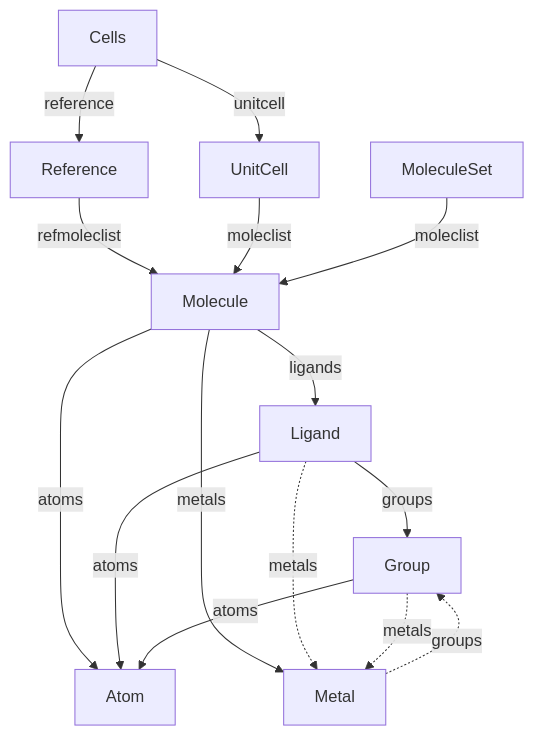
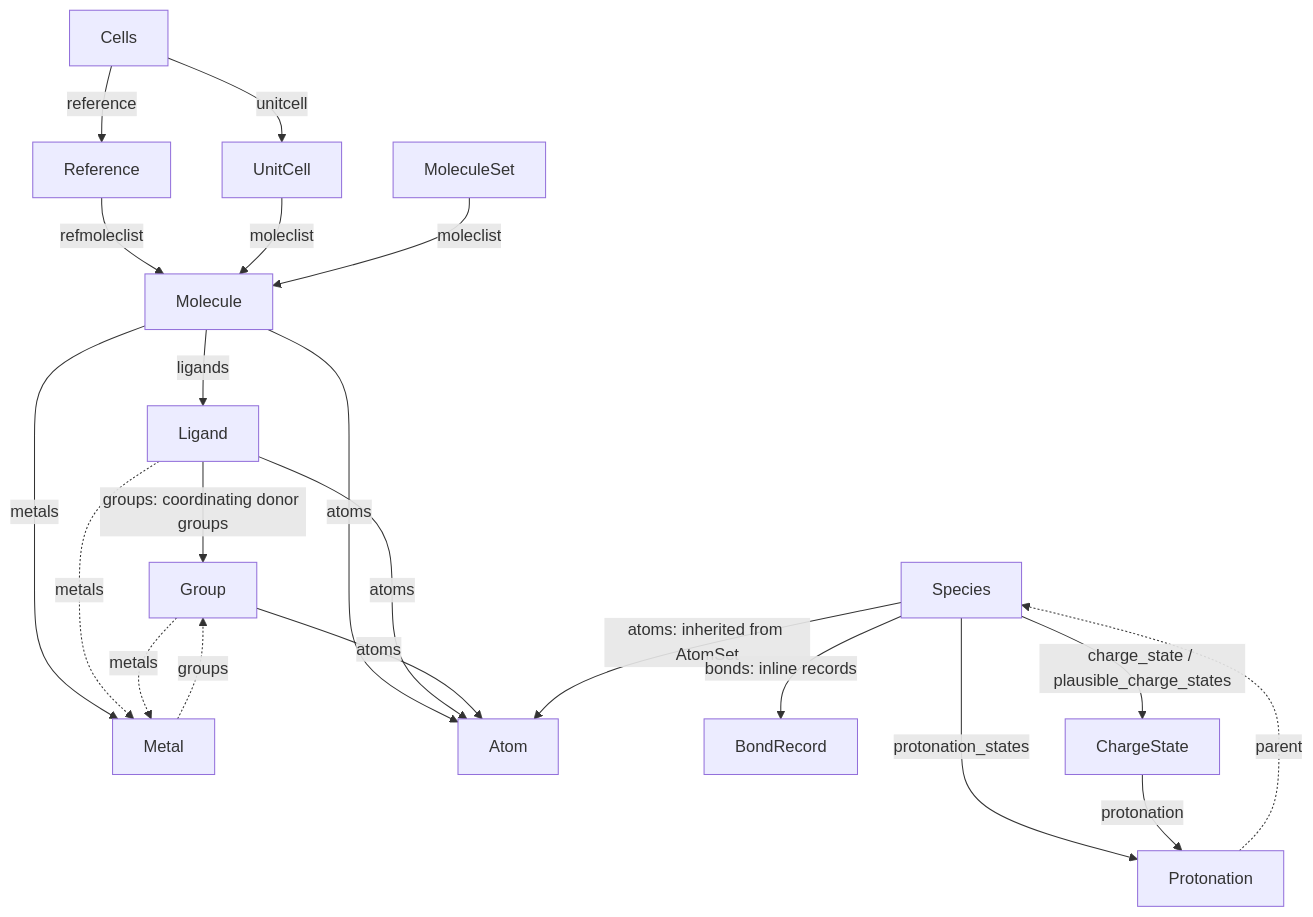
Before and after one commit to lcmd-epfl/cell2mol: the diagram in cell2mol/classes/README.md, drawn with Mermaid. The commit also changed other lines of this file and 2 other files, not shown here.

Commit message:
docs: clarify installation, class structure, and charge assignment

````diff
--- a/cell2mol/classes/README.md
+++ b/cell2mol/classes/README.md
@@ -27,17 +56,23 @@
 ```mermaid
 flowchart TD
     Cells -->|reference| Reference
     Cells -->|unitcell| UnitCell
     Reference -->|refmoleclist| Molecule
     UnitCell -->|moleclist| Molecule
     MoleculeSet -->|moleclist| Molecule
     Molecule -->|ligands| Ligand
     Molecule -->|metals| Metal
     Molecule -->|atoms| Atom
-    Ligand -->|groups| Group
+    Ligand -->|groups: coordinating donor groups| Group
     Ligand -->|atoms| Atom
     Group -->|atoms| Atom
     Metal -.->|groups| Group
     Ligand -.->|metals| Metal
     Group -.->|metals| Metal
+    Species -->|atoms: inherited from AtomSet| Atom
+    Species -->|bonds: inline records| BondRecord
+    Species -->|protonation_states| Protonation
+    Species -->|charge_state / plausible_charge_states| ChargeState
+    ChargeState -->|protonation| Protonation
+    Protonation -.->|parent| Species
 ```
````
